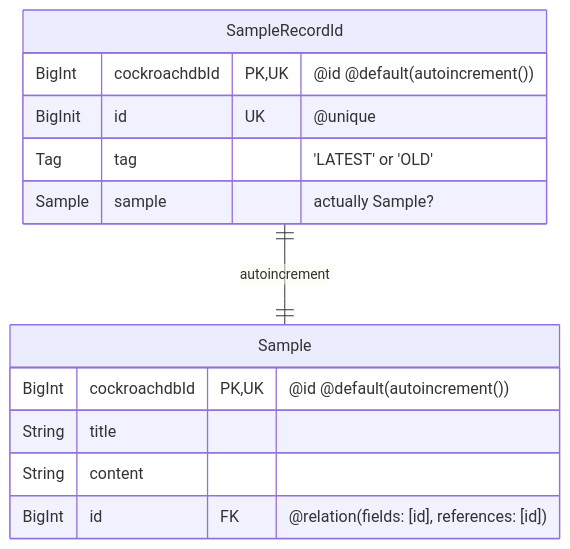
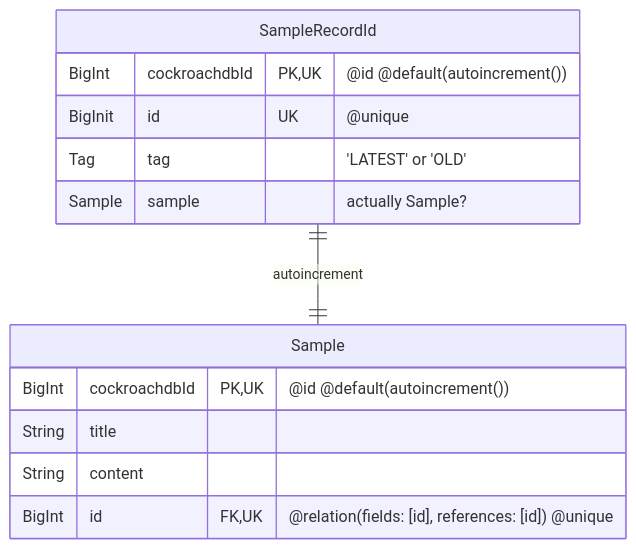
The diagram in README.md (Myxogastria0808/CockroachDB-mytutorial), drawn with Mermaid before and after one commit.

````diff
--- a/README.md
+++ b/README.md
@@ -25,16 +25,16 @@
 ```mermaid
 erDiagram
     SampleRecordId ||--|| Sample : autoincrement
     SampleRecordId {
         BigInt cockroachdbId PK, UK "@id @default(autoincrement())"
         BigInit id UK "@unique"
         Tag tag "'LATEST' or 'OLD'"
         Sample sample "actually Sample?"
     }
     Sample {
         BigInt cockroachdbId PK, UK "@id @default(autoincrement())"
         String title
         String content
-        BigInt id FK "@relation(fields: [id], references: [id])"
+        BigInt id FK, UK "@relation(fields: [id], references: [id]) @unique"
     }
 ```
````
